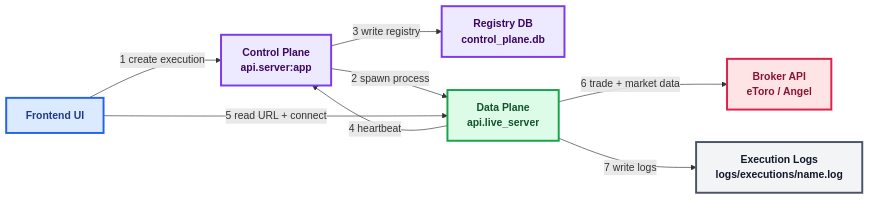
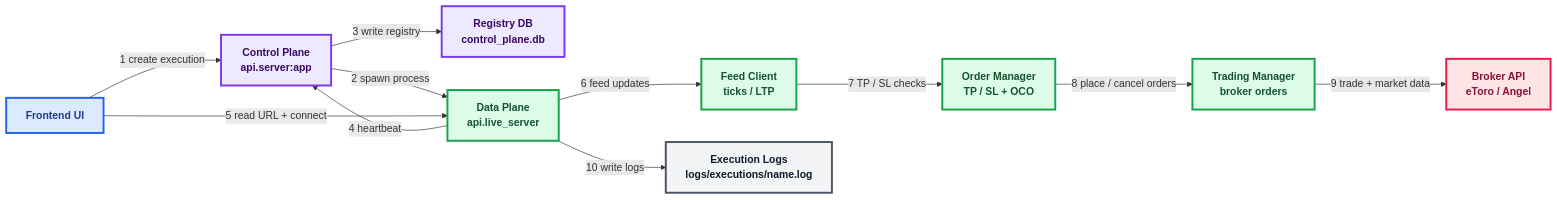
Before and after one commit to rohan033/backtrading-demo: the second of 2 diagrams in numbered-execution-workflow.md, drawn with Mermaid. The commit also changed other lines of this file and 12 other files, not shown here.

````diff
--- a/numbered-execution-workflow.md
+++ b/numbered-execution-workflow.md
@@ -30,29 +33,35 @@
 ```mermaid
 flowchart LR
     frontend["Frontend UI"]
     control["Control Plane<br/>api.server:app"]
     registry["Registry DB<br/>control_plane.db"]
     engine["Data Plane<br/>api.live_server"]
+    feed["Feed Client<br/>ticks / LTP"]
+    orderManager["Order Manager<br/>TP / SL + OCO"]
+    tradingManager["Trading Manager<br/>broker orders"]
     broker["Broker API<br/>eToro / Angel"]
     logs["Execution Logs<br/>logs/executions/name.log"]
 
     frontend -->|"1 create execution"| control
     control -->|"2 spawn process"| engine
     control -->|"3 write registry"| registry
     engine -->|"4 heartbeat"| control
     frontend -->|"5 read URL + connect"| engine
-    engine -->|"6 trade + market data"| broker
-    engine -->|"7 write logs"| logs
+    engine -->|"6 feed updates"| feed
+    feed -->|"7 TP / SL checks"| orderManager
+    orderManager -->|"8 place / cancel orders"| tradingManager
+    tradingManager -->|"9 trade + market data"| broker
+    engine -->|"10 write logs"| logs
 
     classDef ui fill:#dbeafe,stroke:#2563eb,color:#1e3a8a,stroke-width:3px,font-weight:bold;
     classDef controlClass fill:#ede9fe,stroke:#7c3aed,color:#3b0764,stroke-width:3px,font-weight:bold;
     classDef engineClass fill:#dcfce7,stroke:#16a34a,color:#14532d,stroke-width:3px,font-weight:bold;
     classDef brokerClass fill:#ffe4e6,stroke:#e11d48,color:#881337,stroke-width:3px,font-weight:bold;
     classDef storageClass fill:#f3f4f6,stroke:#4b5563,color:#111827,stroke-width:3px,font-weight:bold;
 
     class frontend ui;
     class control,registry controlClass;
-    class engine engineClass;
+    class engine,feed,orderManager,tradingManager engineClass;
     class broker brokerClass;
     class logs storageClass;
 ```
````
